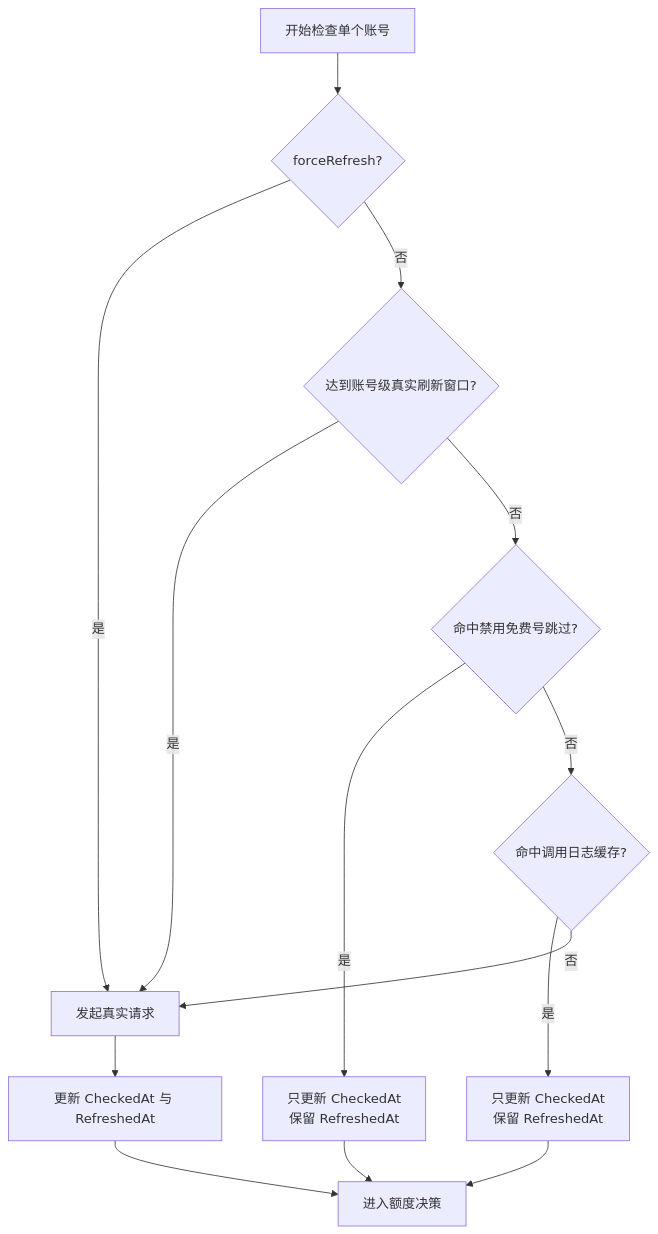
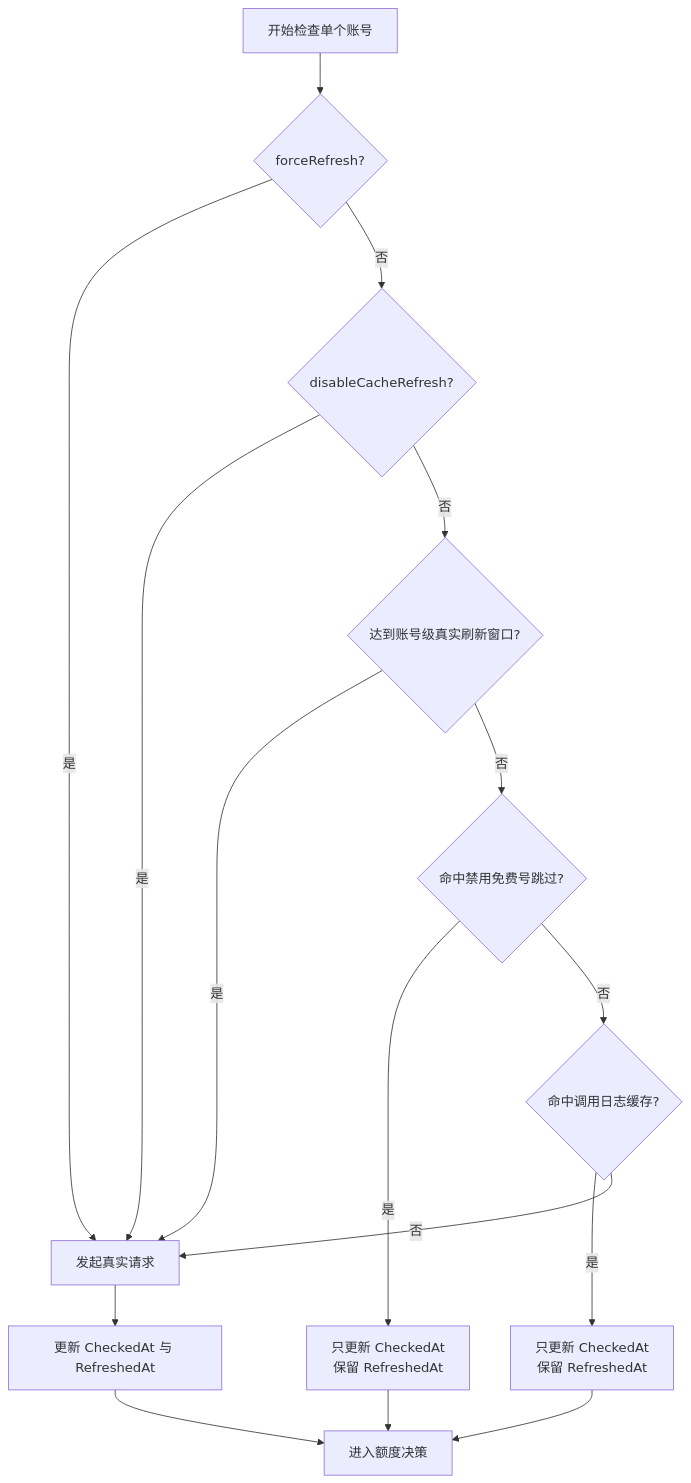
Before and after one commit to kaixin1995/CodexPatrol: the first of 4 diagrams in DEVELOPMENT.md, drawn with Mermaid. The commit also changed other lines of this file and 10 other files, not shown here.

````diff
--- a/DEVELOPMENT.md
+++ b/DEVELOPMENT.md
@@ -567,16 +571,18 @@
 ```mermaid
 flowchart TD
     A[开始检查单个账号] --> B{forceRefresh?}
     B -- 是 --> H[发起真实请求]
-    B -- 否 --> C{达到账号级真实刷新窗口?}
+    B -- 否 --> B1{disableCacheRefresh?}
+    B1 -- 是 --> H
+    B1 -- 否 --> C{达到账号级真实刷新窗口?}
     C -- 是 --> H
     C -- 否 --> D{命中禁用免费号跳过?}
     D -- 是 --> D1[只更新 CheckedAt\n保留 RefreshedAt]
     D1 --> Z[进入额度决策]
     D -- 否 --> E{命中调用日志缓存?}
     E -- 是 --> E1[只更新 CheckedAt\n保留 RefreshedAt]
     E1 --> Z
     E -- 否 --> H
     H --> H1[更新 CheckedAt 与 RefreshedAt]
     H1 --> Z
 ```
````
